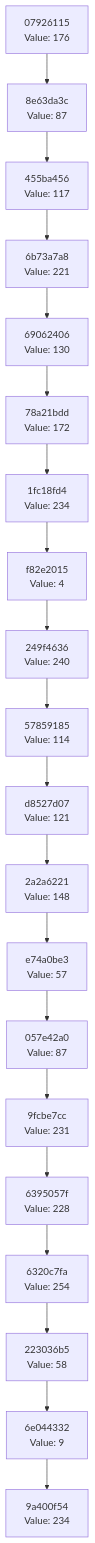
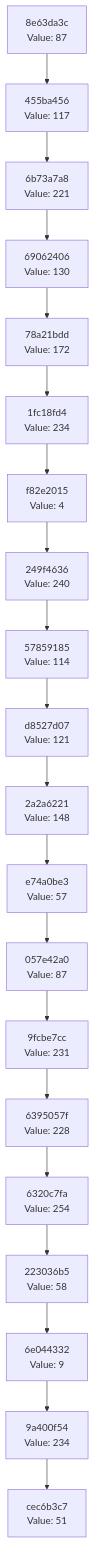
The diagram in docs/CHAIN_VISUALIZATION.md (Abhisheksinha1506/hash-chain-evolver), drawn with Mermaid before and after one commit. The commit also changed 2 other files, not shown here.

Commit message:
Evolution Step

````diff
--- a/docs/CHAIN_VISUALIZATION.md
+++ b/docs/CHAIN_VISUALIZATION.md
@@ -3,42 +3,42 @@
 ```mermaid
 graph TD
-    C0["9a400f54<br/>Value: 234"]
-    C1["6e044332<br/>Value: 9"]
+    C0["cec6b3c7<br/>Value: 51"]
+    C1["9a400f54<br/>Value: 234"]
     C1 --> C0
-    C2["223036b5<br/>Value: 58"]
+    C2["6e044332<br/>Value: 9"]
     C2 --> C1
-    C3["6320c7fa<br/>Value: 254"]
+    C3["223036b5<br/>Value: 58"]
     C3 --> C2
-    C4["6395057f<br/>Value: 228"]
+    C4["6320c7fa<br/>Value: 254"]
     C4 --> C3
-    C5["9fcbe7cc<br/>Value: 231"]
+    C5["6395057f<br/>Value: 228"]
     C5 --> C4
-    C6["057e42a0<br/>Value: 87"]
+    C6["9fcbe7cc<br/>Value: 231"]
     C6 --> C5
-    C7["e74a0be3<br/>Value: 57"]
+    C7["057e42a0<br/>Value: 87"]
     C7 --> C6
-    C8["2a2a6221<br/>Value: 148"]
+    C8["e74a0be3<br/>Value: 57"]
     C8 --> C7
-    C9["d8527d07<br/>Value: 121"]
+    C9["2a2a6221<br/>Value: 148"]
     C9 --> C8
-    C10["57859185<br/>Value: 114"]
+    C10["d8527d07<br/>Value: 121"]
     C10 --> C9
-    C11["249f4636<br/>Value: 240"]
+    C11["57859185<br/>Value: 114"]
     C11 --> C10
-    C12["f82e2015<br/>Value: 4"]
+    C12["249f4636<br/>Value: 240"]
     C12 --> C11
-    C13["1fc18fd4<br/>Value: 234"]
+    C13["f82e2015<br/>Value: 4"]
     C13 --> C12
-    C14["78a21bdd<br/>Value: 172"]
+    C14["1fc18fd4<br/>Value: 234"]
     C14 --> C13
-    C15["69062406<br/>Value: 130"]
+    C15["78a21bdd<br/>Value: 172"]
     C15 --> C14
-    C16["6b73a7a8<br/>Value: 221"]
+    C16["69062406<br/>Value: 130"]
     C16 --> C15
-    C17["455ba456<br/>Value: 117"]
+    C17["6b73a7a8<br/>Value: 221"]
     C17 --> C16
-    C18["8e63da3c<br/>Value: 87"]
+    C18["455ba456<br/>Value: 117"]
     C18 --> C17
-    C19["07926115<br/>Value: 176"]
+    C19["8e63da3c<br/>Value: 87"]
     C19 --> C18
 ```
````
